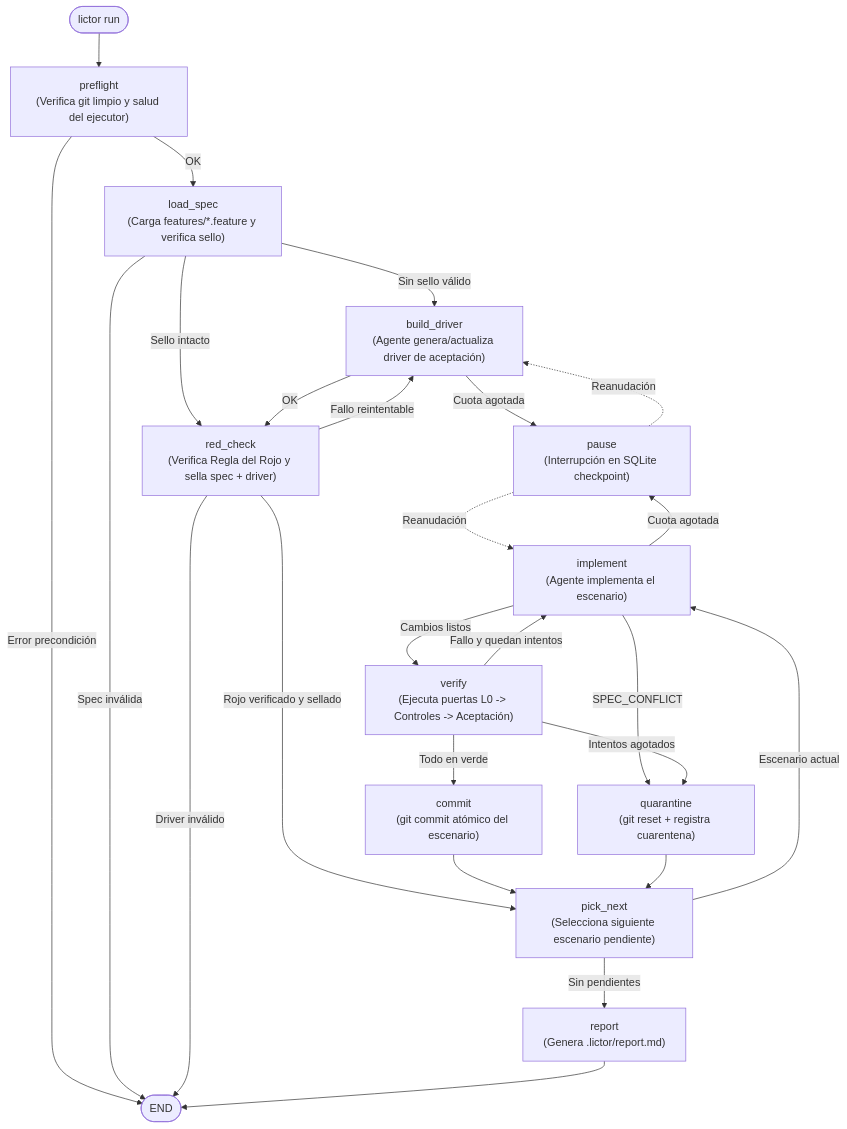
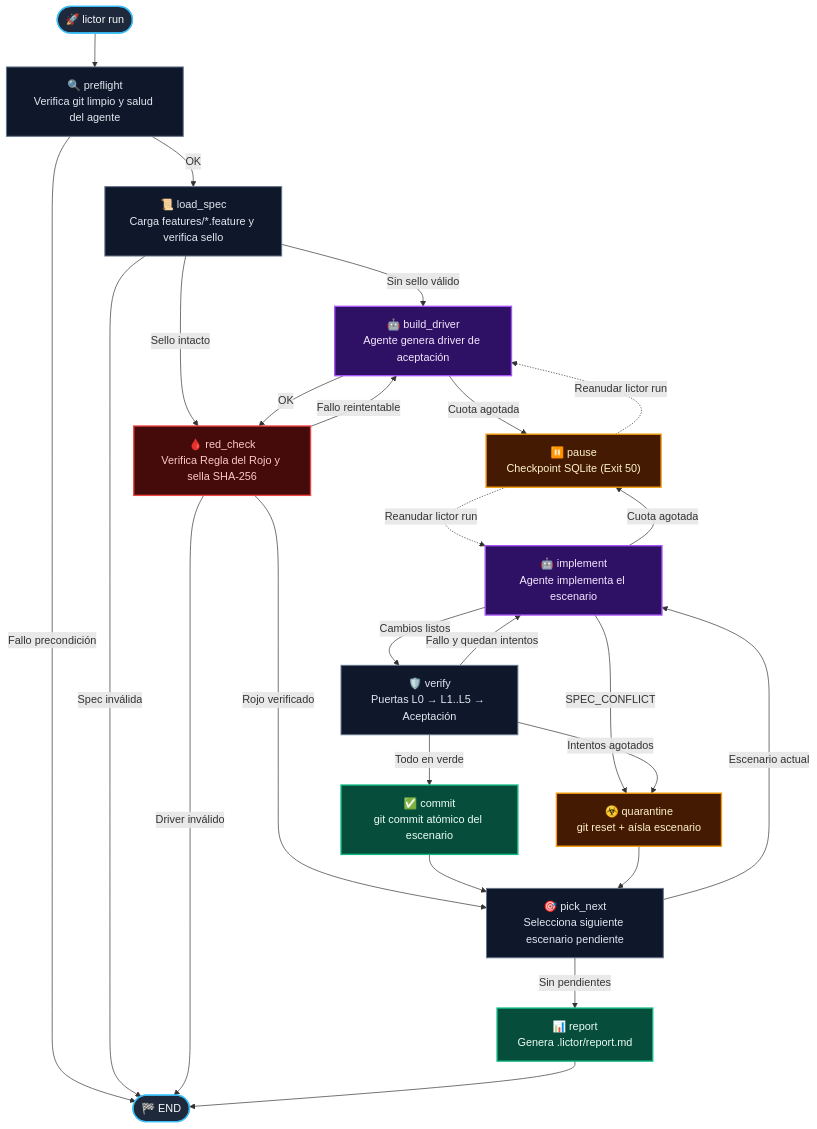
The first of 2 diagrams in README.md (jmorenobl/lictor), drawn with Mermaid before and after one commit. The commit also changed other lines of this file and 1 other file, not shown here.

Commit message:
docs: añadir banner SVG vectorial y mejorar diseño visual del README

````diff
--- a/README.md
+++ b/README.md
@@ -59,27 +66,34 @@
 ```mermaid
 flowchart TD
-    Start(["lictor run"]) --> preflight["preflight<br/>(Verifica git limpio y salud del ejecutor)"]
-    preflight -->|Error precondición| End(["END"])
-    preflight -->|OK| load_spec["load_spec<br/>(Carga features/*.feature y verifica sello)"]
+    classDef entry fill:#1E293B,stroke:#38BDF8,stroke-width:2px,color:#F8FAFC
+    classDef gate fill:#0F172A,stroke:#64748B,stroke-width:1.5px,color:#E2E8F0
+    classDef agent fill:#2E1065,stroke:#A855F7,stroke-width:2px,color:#F3E8FF
+    classDef red fill:#450A0A,stroke:#EF4444,stroke-width:2px,color:#FECACA
+    classDef green fill:#064E3B,stroke:#10B981,stroke-width:2px,color:#ECFDF5
+    classDef warn fill:#451A03,stroke:#F59E0B,stroke-width:2px,color:#FEF3C7
+
+    Start(["🚀 lictor run"]):::entry --> preflight["🔍 preflight<br/>Verifica git limpio y salud del agente"]:::gate
+    preflight -->|Fallo precondición| End(["🏁 END"]):::entry
+    preflight -->|OK| load_spec["📜 load_spec<br/>Carga features/*.feature y verifica sello"]:::gate
     load_spec -->|Spec inválida| End
-    load_spec -->|Sin sello válido| build_driver["build_driver<br/>(Agente genera/actualiza driver de aceptación)"]
-    load_spec -->|Sello intacto| red_check["red_check<br/>(Verifica Regla del Rojo y sella spec + driver)"]
-    build_driver -->|Cuota agotada| pause["pause<br/>(Interrupción en SQLite checkpoint)"]
+    load_spec -->|Sin sello válido| build_driver["🤖 build_driver<br/>Agente genera driver de aceptación"]:::agent
+    load_spec -->|Sello intacto| red_check["🩸 red_check<br/>Verifica Regla del Rojo y sella SHA-256"]:::red
+    build_driver -->|Cuota agotada| pause["⏸️ pause<br/>Checkpoint SQLite (Exit 50)"]:::warn
     build_driver -->|OK| red_check
     red_check -->|Fallo reintentable| build_driver
     red_check -->|Driver inválido| End
-    red_check -->|Rojo verificado y sellado| pick_next["pick_next<br/>(Selecciona siguiente escenario pendiente)"]
-    pick_next -->|Sin pendientes| report["report<br/>(Genera .lictor/report.md)"]
-    pick_next -->|Escenario actual| implement["implement<br/>(Agente implementa el escenario)"]
+    red_check -->|Rojo verificado| pick_next["🎯 pick_next<br/>Selecciona siguiente escenario pendiente"]:::gate
+    pick_next -->|Sin pendientes| report["📊 report<br/>Genera .lictor/report.md"]:::green
+    pick_next -->|Escenario actual| implement["🤖 implement<br/>Agente implementa el escenario"]:::agent
     implement -->|Cuota agotada| pause
-    implement -->|SPEC_CONFLICT| quarantine["quarantine<br/>(git reset + registra cuarentena)"]
-    implement -->|Cambios listos| verify["verify<br/>(Ejecuta puertas L0 -> Controles -> Aceptación)"]
-    verify -->|Todo en verde| commit["commit<br/>(git commit atómico del escenario)"]
+    implement -->|SPEC_CONFLICT| quarantine["☣️ quarantine<br/>git reset + aísla escenario"]:::warn
+    implement -->|Cambios listos| verify["🛡️ verify<br/>Puertas L0 → L1..L5 → Aceptación"]:::gate
+    verify -->|Todo en verde| commit["✅ commit<br/>git commit atómico del escenario"]:::green
     verify -->|Fallo y quedan intentos| implement
     verify -->|Intentos agotados| quarantine
     commit --> pick_next
     quarantine --> pick_next
-    pause -.->|Reanudación| implement
-    pause -.->|Reanudación| build_driver
+    pause -.->|Reanudar lictor run| implement
+    pause -.->|Reanudar lictor run| build_driver
     report --> End
 ```
````
